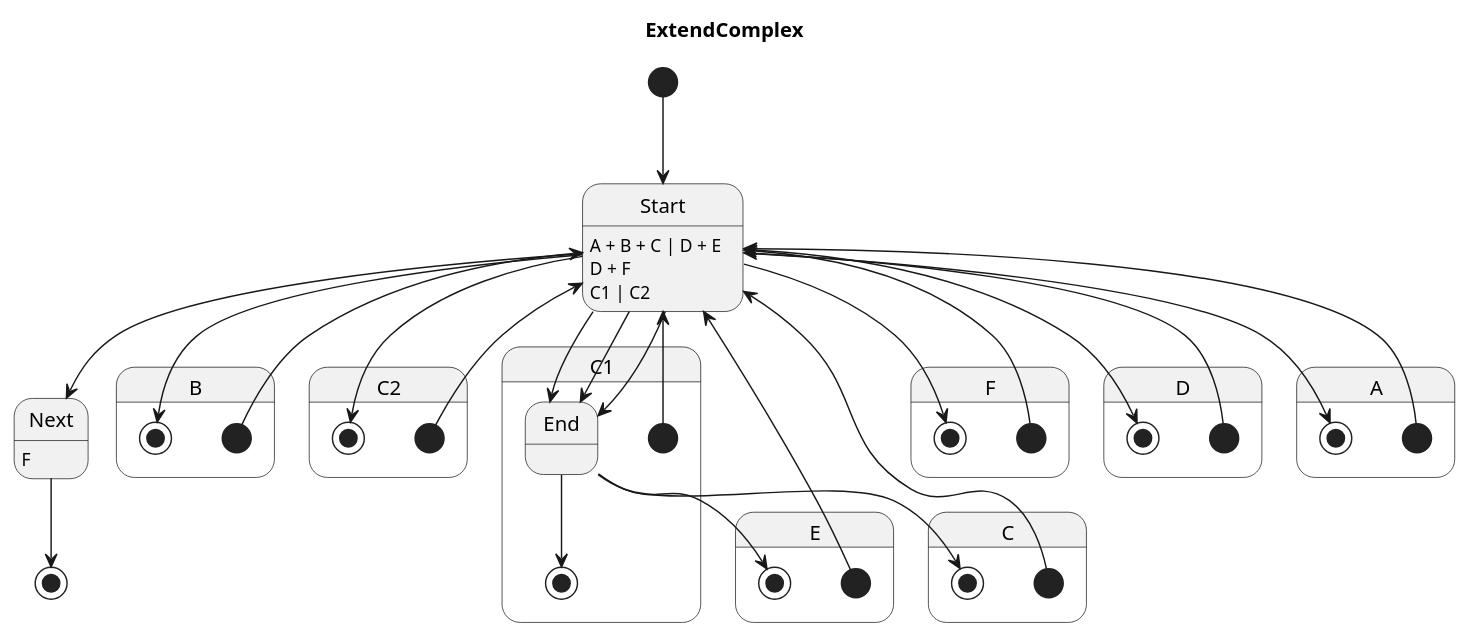
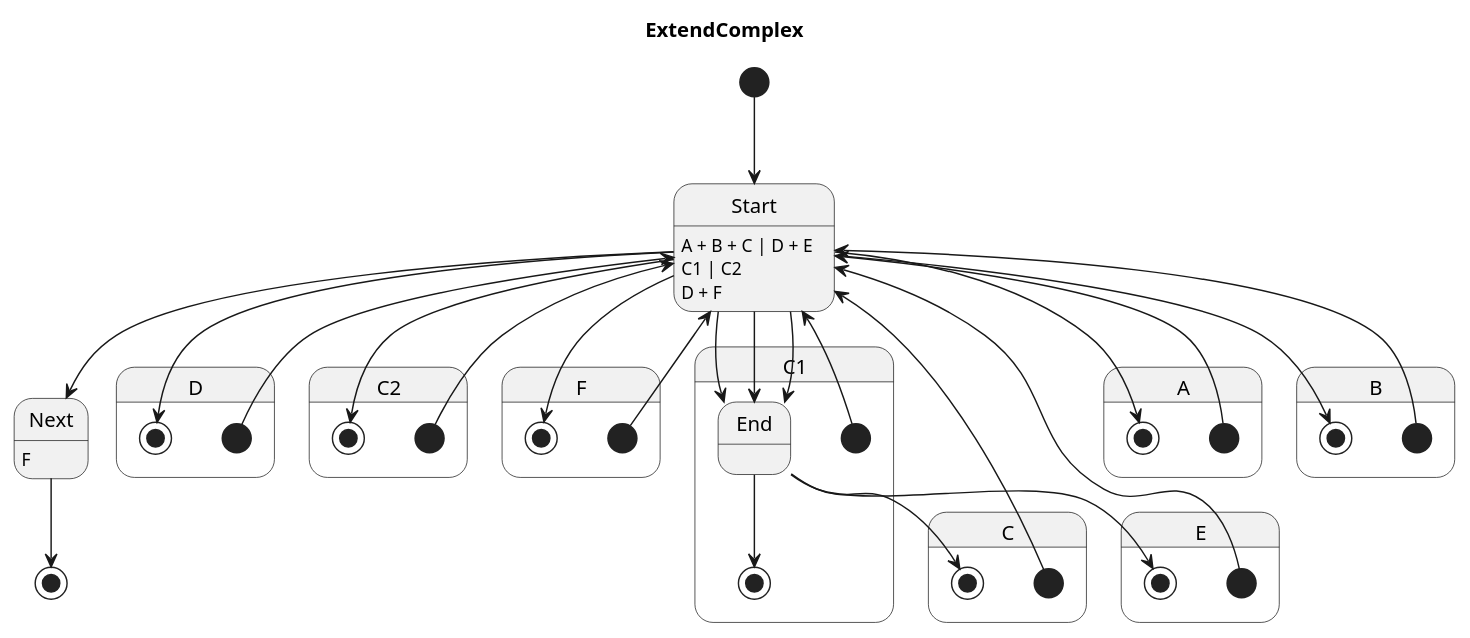
Before and after one commit to Pastor/Takt: the diagram in examples/generated/plantuml/extend_complex.puml, drawn with PlantUML. The commit also changed other lines of this file and 10 other files, not shown here.

```diff
--- a/examples/generated/plantuml/extend_complex.puml
+++ b/examples/generated/plantuml/extend_complex.puml
@@ -1,55 +1,55 @@
 @startuml
 title ExtendComplex
 
 [*] --> Start
+Next : F
+Next --> [*]
 Start : A + B + C | D + E
 Start --> Next
-Next : F
-Next --> [*]
 
-state B {
+state D {
     [*] --> Start
     Start --> [*]
 }
 
 state C2 {
+    [*] --> Start
+    Start --> [*]
+}
+
+state F {
     [*] --> Start
     Start --> [*]
 }
 
 state C1 {
     [*] --> Start
     Start --> End
     End --> [*]
 }
 
-state F {
+state A {
     [*] --> Start
     Start --> [*]
 }
 
-state E {
+state B {
     [*] --> Start
-    Start : D + F
-    Start --> End
-    End --> [*]
+    Start --> [*]
 }
 
 state C {
     [*] --> Start
     End --> [*]
     Start : C1 | C2
     Start --> End
 }
 
-state D {
+state E {
     [*] --> Start
-    Start --> [*]
-}
-
-state A {
-    [*] --> Start
-    Start --> [*]
+    End --> [*]
+    Start : D + F
+    Start --> End
 }
 
 @enduml
```
